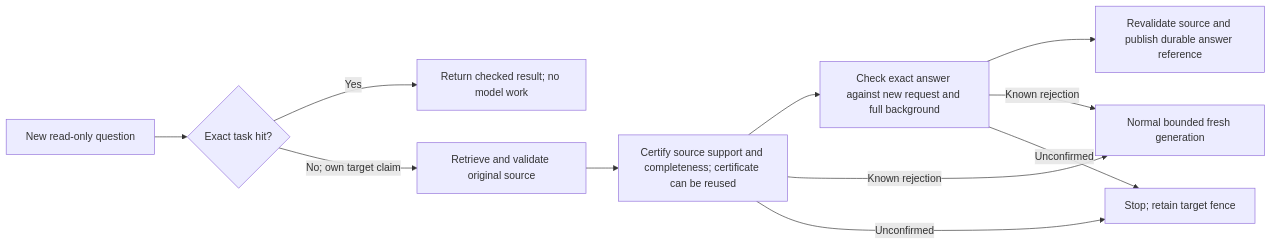
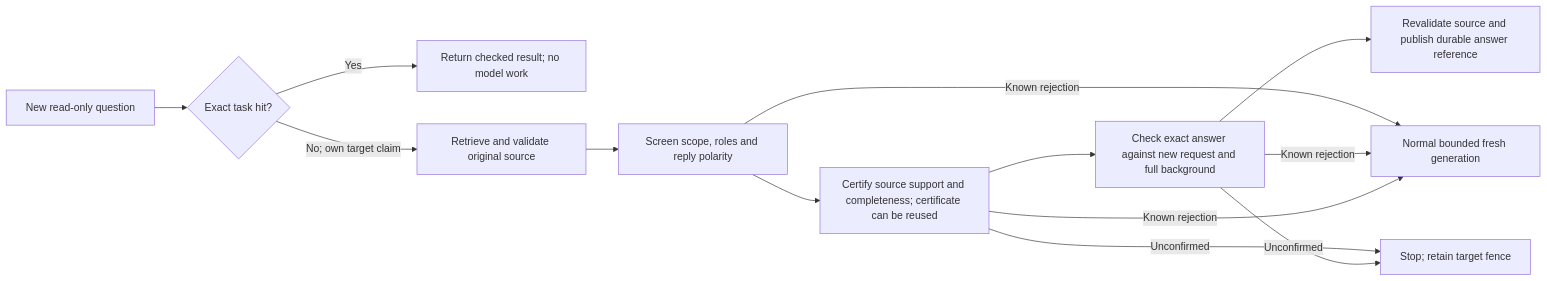
Before and after one commit to spfuzzylink/questlock: the first of 3 diagrams in docs/architecture.md, drawn with Mermaid. The commit also changed other lines of this file and 22 other files, not shown here.

````diff
--- a/docs/architecture.md
+++ b/docs/architecture.md
@@ -52,13 +55,15 @@
 ```mermaid
 flowchart LR
     Q[New read-only question] --> E{Exact task hit?}
     E -->|Yes| R[Return checked result; no model work]
     E -->|No; own target claim| S[Retrieve and validate original source]
-    S --> C[Certify source support and completeness; certificate can be reused]
+    S --> G[Screen scope, roles and reply polarity]
+    G --> C[Certify source support and completeness; certificate can be reused]
+    G -->|Known rejection| F[Normal bounded fresh generation]
     C --> P[Check exact answer against new request and full background]
     P --> V[Revalidate source and publish durable answer reference]
     P -->|Known rejection| F[Normal bounded fresh generation]
     C -->|Known rejection| F
     C -->|Unconfirmed| U[Stop; retain target fence]
     P -->|Unconfirmed| U
 ```
````
